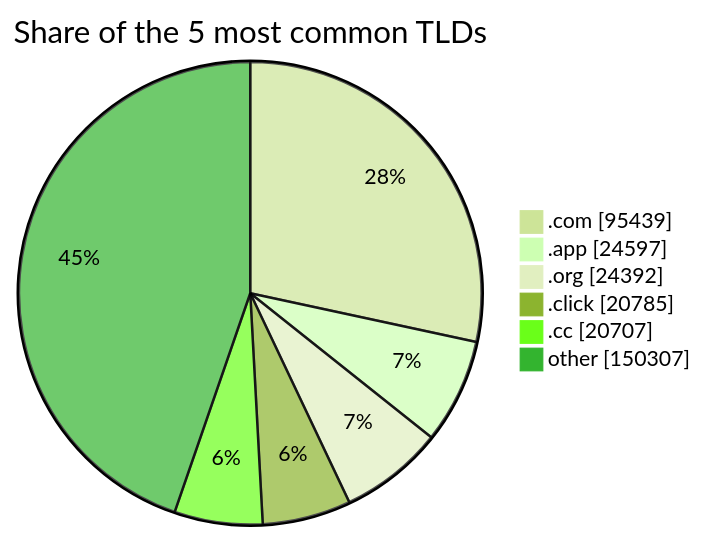
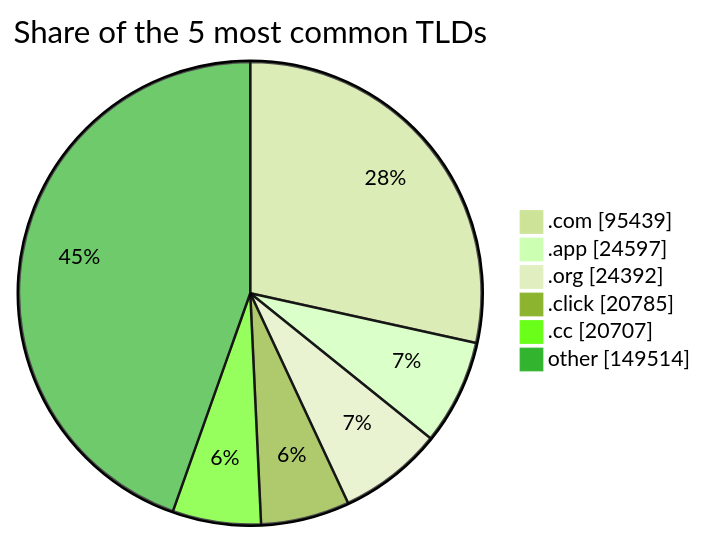
One commit to DNSBunker/CTI changed the third of 3 diagrams in README.md. Above: the diagram before and after it, drawn with Mermaid (forest theme). The commit also changed other lines of this file and 4 other files, not shown here.

````diff
--- a/README.md
+++ b/README.md
@@ -81,9 +81,9 @@
 ```mermaid
 pie showData title Share of the 5 most common TLDs
     ".com" : 95439
     ".app" : 24597
     ".org" : 24392
     ".click" : 20785
     ".cc" : 20707
-    "other" : 150307
+    "other" : 149514
 ```
````
